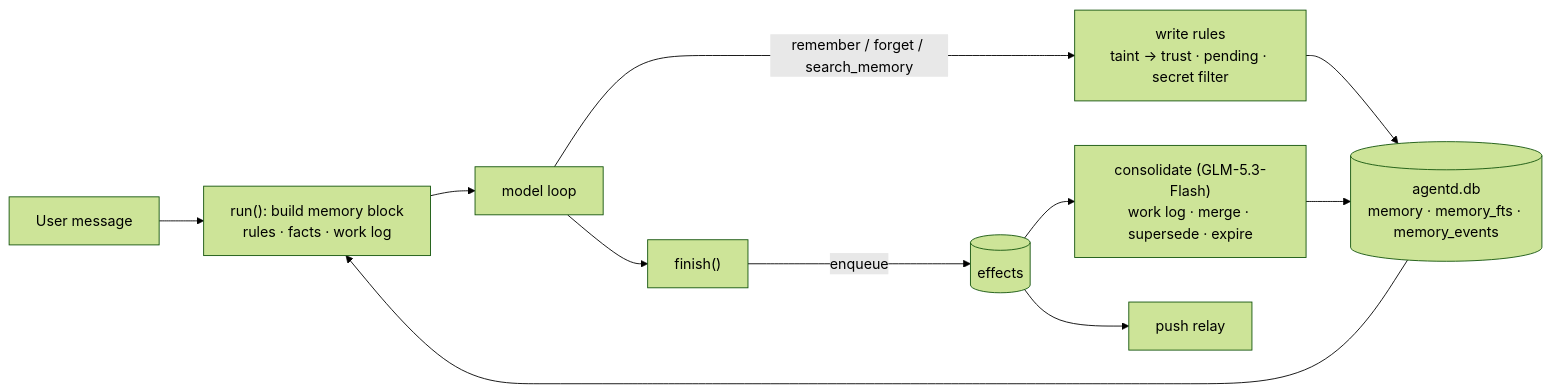
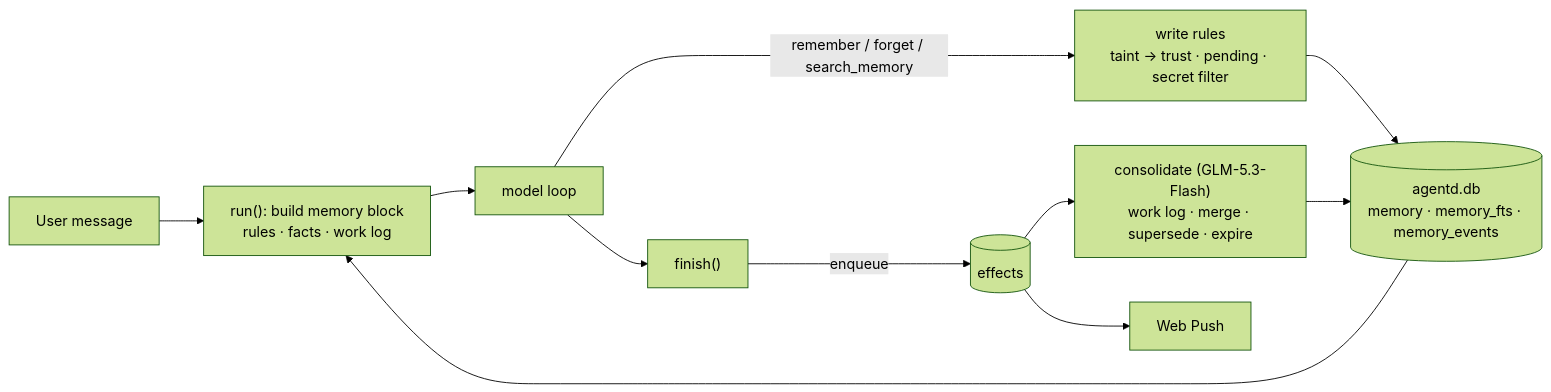
The diagram in docs/memory-v2.md (tzumby/agent_neo), drawn with Mermaid (forest theme) before and after one commit. The commit also changed other lines of this file and 39 other files, not shown here.

````diff
--- a/docs/memory-v2.md
+++ b/docs/memory-v2.md
@@ -25,13 +25,13 @@
 ```mermaid
 flowchart LR
   U[User message] --> R["run(): build memory block\nrules · facts · work log"]
   R --> L[model loop]
   L -->|remember / forget / search_memory| W["write rules\ntaint → trust · pending · secret filter"]
   W --> M[("agentd.db\nmemory · memory_fts · memory_events")]
   L --> F["finish()"]
   F -->|enqueue| E[(effects)]
   E --> C["consolidate (GLM-5.3-Flash)\nwork log · merge · supersede · expire"]
-  E --> P[push relay]
+  E --> P[Web Push]
   C --> M
   M --> R
 ```
````
